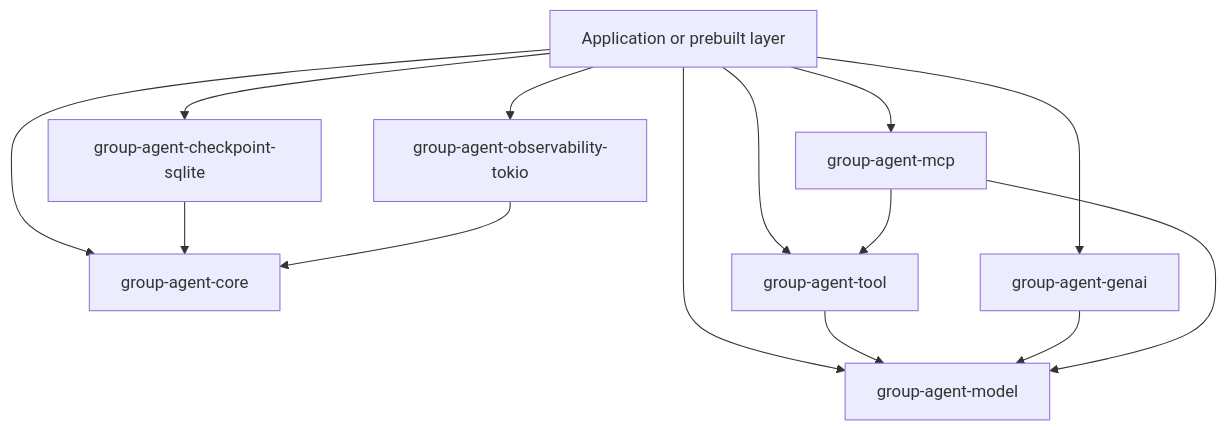
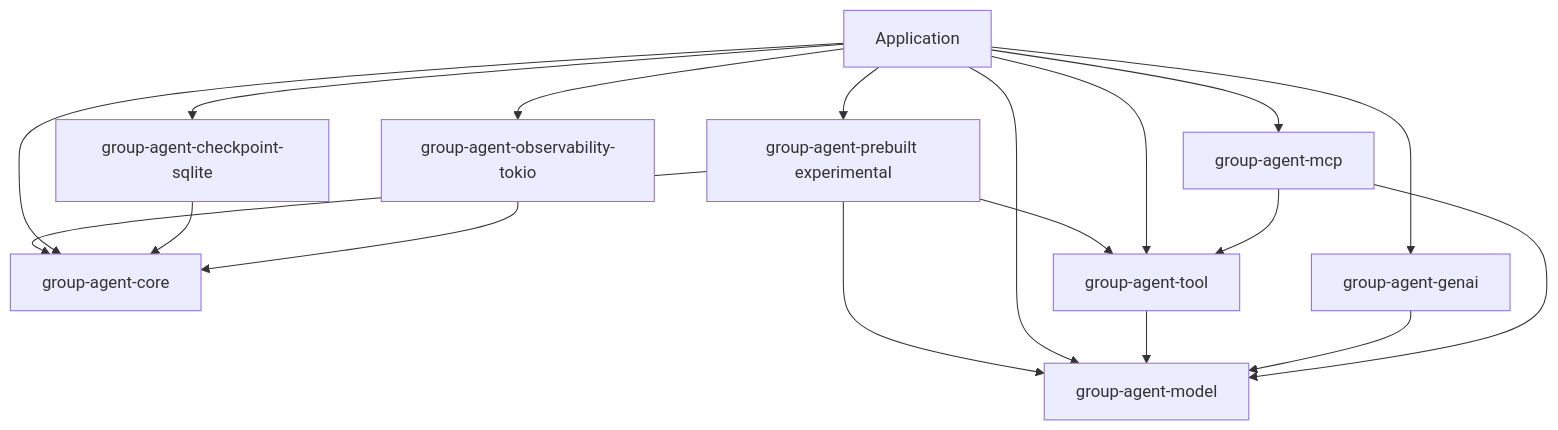
The diagram in README.md (VanGogh-7/Group), drawn with Mermaid before and after one commit. The commit also changed other lines of this file and 20 other files, not shown here.

Commit message:
feat: add prebuilt agent

````diff
--- a/README.md
+++ b/README.md
@@ -46,25 +49,30 @@
 ```mermaid
 flowchart TB
-    App[Application or prebuilt layer]
+    App[Application]
+    Prebuilt[group-agent-prebuilt experimental]
     Core[group-agent-core]
     SQLite[group-agent-checkpoint-sqlite]
     Obs[group-agent-observability-tokio]
     Model[group-agent-model]
     Tool[group-agent-tool]
     Genai[group-agent-genai]
     MCP[group-agent-mcp]
 
+    App --> Prebuilt
+    Prebuilt --> Core
+    Prebuilt --> Model
+    Prebuilt --> Tool
     App --> Core
     App --> SQLite
     App --> Obs
     App --> Model
     App --> Tool
     App --> Genai
     App --> MCP
     SQLite --> Core
     Obs --> Core
     Tool --> Model
     Genai --> Model
     MCP --> Model
     MCP --> Tool
 ```
````
